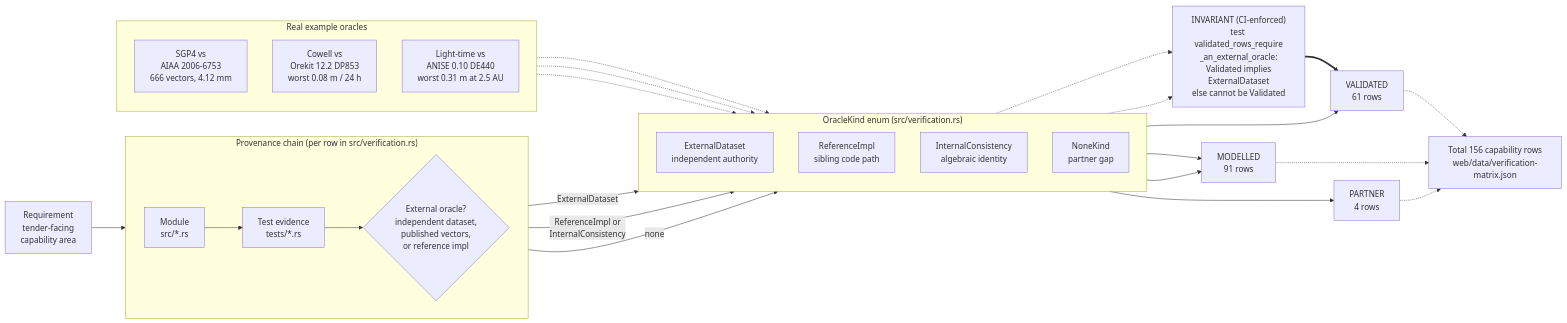
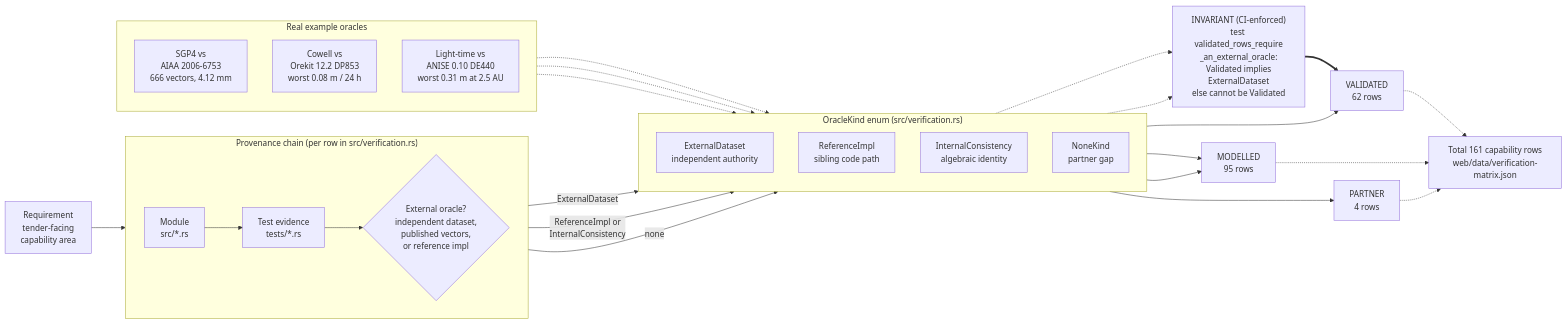
The diagram in docs/diagrams/validation-provenance.mmd (ashfordeOU/kshana), drawn with Mermaid before and after one commit. The commit also changed 31 other files, not shown here.

```diff
--- a/docs/diagrams/validation-provenance.mmd
+++ b/docs/diagrams/validation-provenance.mmd
@@ -1,49 +1,49 @@
 flowchart LR
     REQ["Requirement<br/>tender-facing<br/>capability area"]
 
     subgraph CHAIN["Provenance chain (per row in src/verification.rs)"]
         direction LR
         MOD["Module<br/>src/*.rs"]
         TST["Test evidence<br/>tests/*.rs"]
         ORA{"External oracle?<br/>independent dataset,<br/>published vectors,<br/>or reference impl"}
     end
 
     REQ --> MOD --> TST --> ORA
 
     subgraph KINDS["OracleKind enum (src/verification.rs)"]
         direction TD
         EXT["ExternalDataset<br/>independent authority"]
         REF["ReferenceImpl<br/>sibling code path"]
         INT["InternalConsistency<br/>algebraic identity"]
         NON["NoneKind<br/>partner gap"]
     end
 
     ORA -->|ExternalDataset| EXT
     ORA -->|"ReferenceImpl or<br/>InternalConsistency"| INT
     ORA -->|none| NON
 
     GUARD["INVARIANT (CI-enforced)<br/>test validated_rows_require<br/>_an_external_oracle:<br/>Validated implies<br/>ExternalDataset<br/>else cannot be Validated"]
     EXT -.-> GUARD
     INT -.-> GUARD
 
-    EXT --> VAL["VALIDATED<br/>61 rows"]
-    REF --> MDL["MODELLED<br/>91 rows"]
+    EXT --> VAL["VALIDATED<br/>62 rows"]
+    REF --> MDL["MODELLED<br/>95 rows"]
     INT --> MDL
     NON --> PRT["PARTNER<br/>4 rows"]
     GUARD ==> VAL
 
     subgraph EX["Real example oracles"]
         direction TD
         E1["SGP4 vs<br/>AIAA 2006-6753<br/>666 vectors, 4.12 mm"]
         E2["Cowell vs<br/>Orekit 12.2 DP853<br/>worst 0.08 m / 24 h"]
         E3["Light-time vs<br/>ANISE 0.10 DE440<br/>worst 0.31 m at 2.5 AU"]
     end
 
     E1 -.-> EXT
     E2 -.-> EXT
     E3 -.-> EXT
 
-    TOTAL["Total 156 capability rows<br/>web/data/verification-matrix.json"]
+    TOTAL["Total 161 capability rows<br/>web/data/verification-matrix.json"]
     VAL -.-> TOTAL
     MDL -.-> TOTAL
     PRT -.-> TOTAL
```
